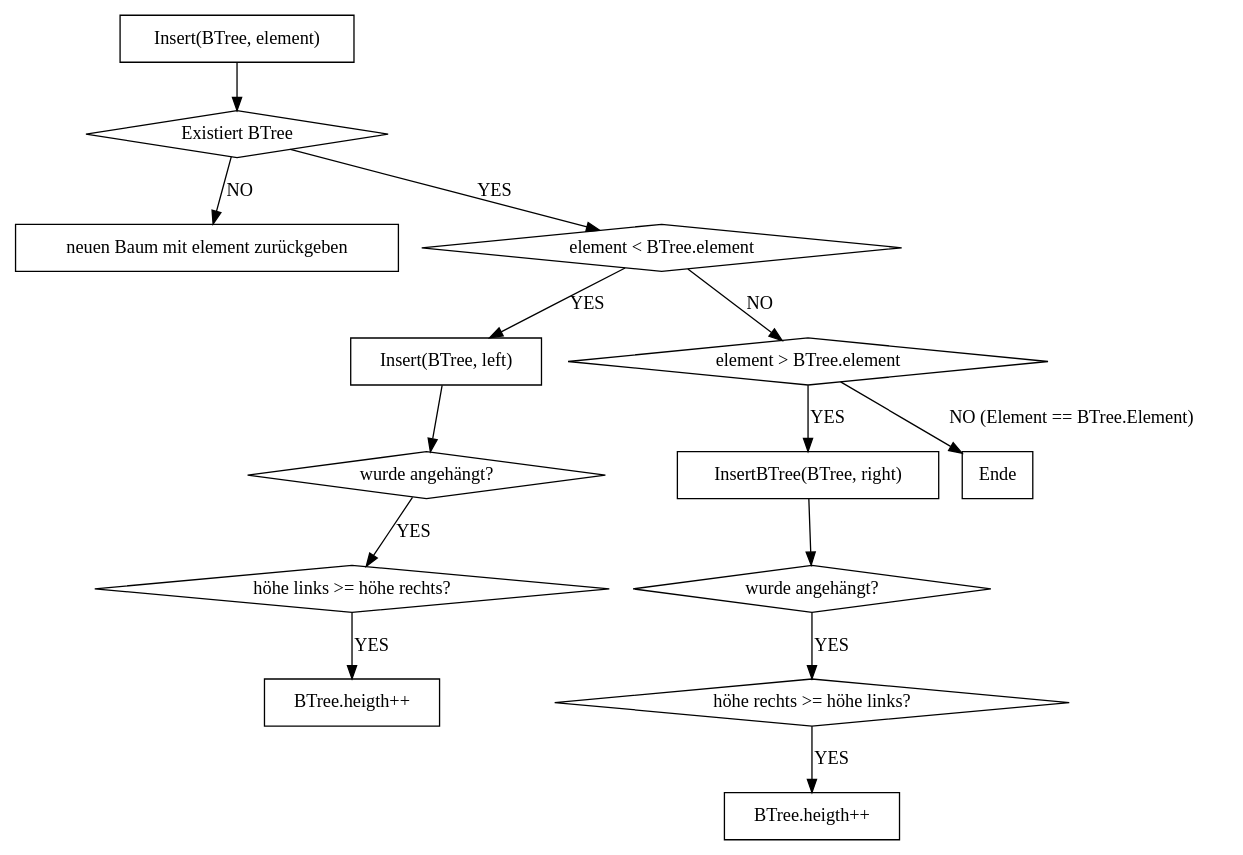
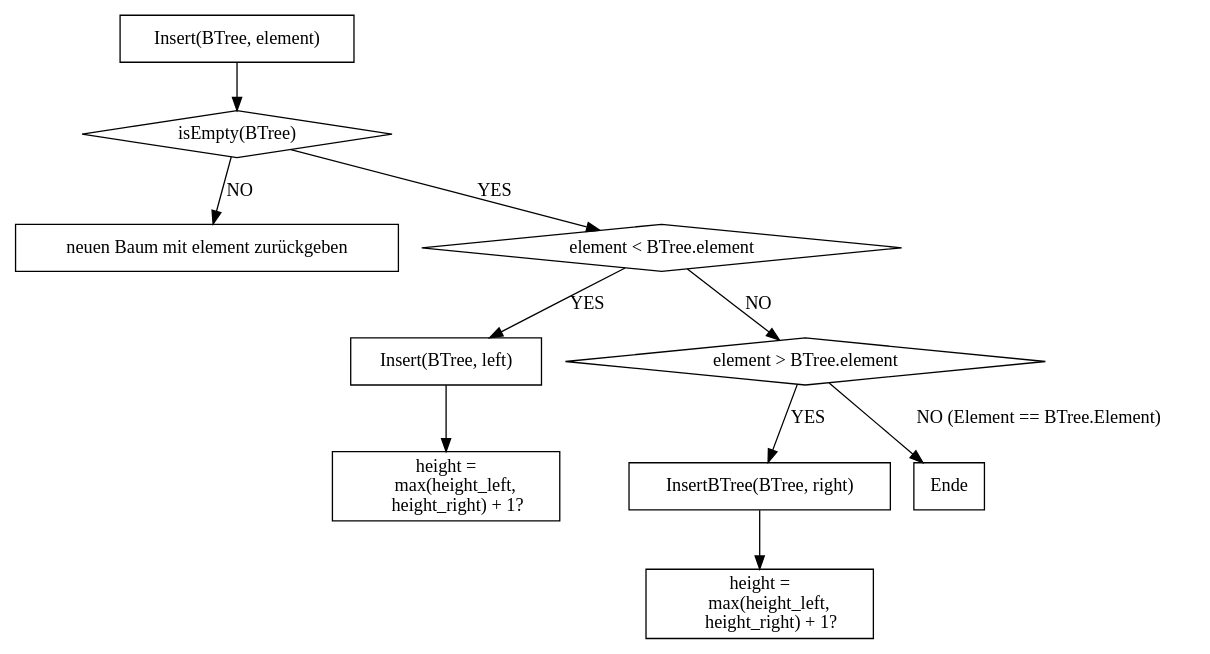
One commit to hugoppp-uni/Algorithmen-und-Datenstrukturen changed the diagram in doc/aufg1/graphViz/Insert.gv. Above: the diagram before and after it, drawn with Graphviz. The commit also changed other lines of this file and 18 other files, not shown here.

```diff
--- a/doc/aufg1/graphViz/Insert.gv
+++ b/doc/aufg1/graphViz/Insert.gv
@@ -1,35 +1,32 @@
 digraph Q {
 
 node [shape = box];
 compound = true;
 
     a1 [label = "Insert(BTree, element)"]
     a1 -> a2
-    a2 [label = "Existiert BTree" shape = diamond]
+    a2 [label = "isEmpty(BTree)" shape = diamond]
     a2-> b2 [label = "NO"]
     b2 [label = "neuen Baum mit element zurückgeben"]
     a2 -> a3 [label = "YES"]
     a3 [label = "element < BTree.element" shape = diamond]
     a3 -> smaller [label = "YES"]
     a3 -> a4 [label = "NO"]
     a4 [label = "element > BTree.element" shape = diamond]
     a4 -> larger [label = "YES"]
     a4 -> "Ende" [label = "NO (Element == BTree.Element)"]
     smaller [label = "Insert(BTree, left)"]
     //smaller -> a1
     larger [label = "InsertBTree(BTree, right)"]
     //larger -> a1
 
-    smaller -> checkReturnl
-    checkReturnl [label = "wurde angehängt?" shape = diamond]
-    checkReturnl -> checkReturnl2 [label = "YES"]
-    checkReturnl2 [label = "höhe links >= höhe rechts?" shape = diamond]
-    checkReturnl2 -> ret  [label = YES]
-    ret [label = "BTree.heigth++"]
-
-    larger -> checkReturn
-    checkReturn [label = "wurde angehängt?" shape = diamond]
-    checkReturn -> checkReturn2 [label = "YES"]
-    checkReturn2 [label = "höhe rechts >= höhe links?" shape = diamond]
-    checkReturn2 -> "BTree.heigth++" [label = YES]
+    smaller -> checkReturnl2
+    checkReturnl2 [label = "height =
+     max(height_left,
+      height_right) + 1?"]
+    
+    larger -> checkReturn2
+    checkReturn2 [label = "height =
+     max(height_left,
+      height_right) + 1?"]
 }
```
